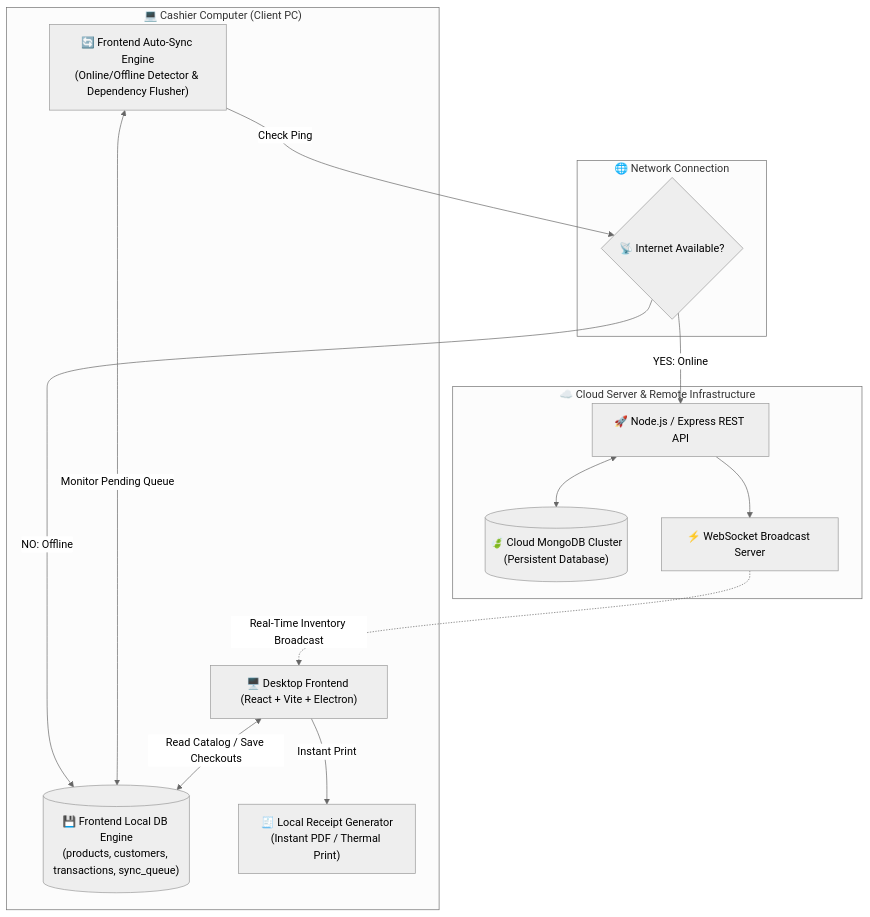
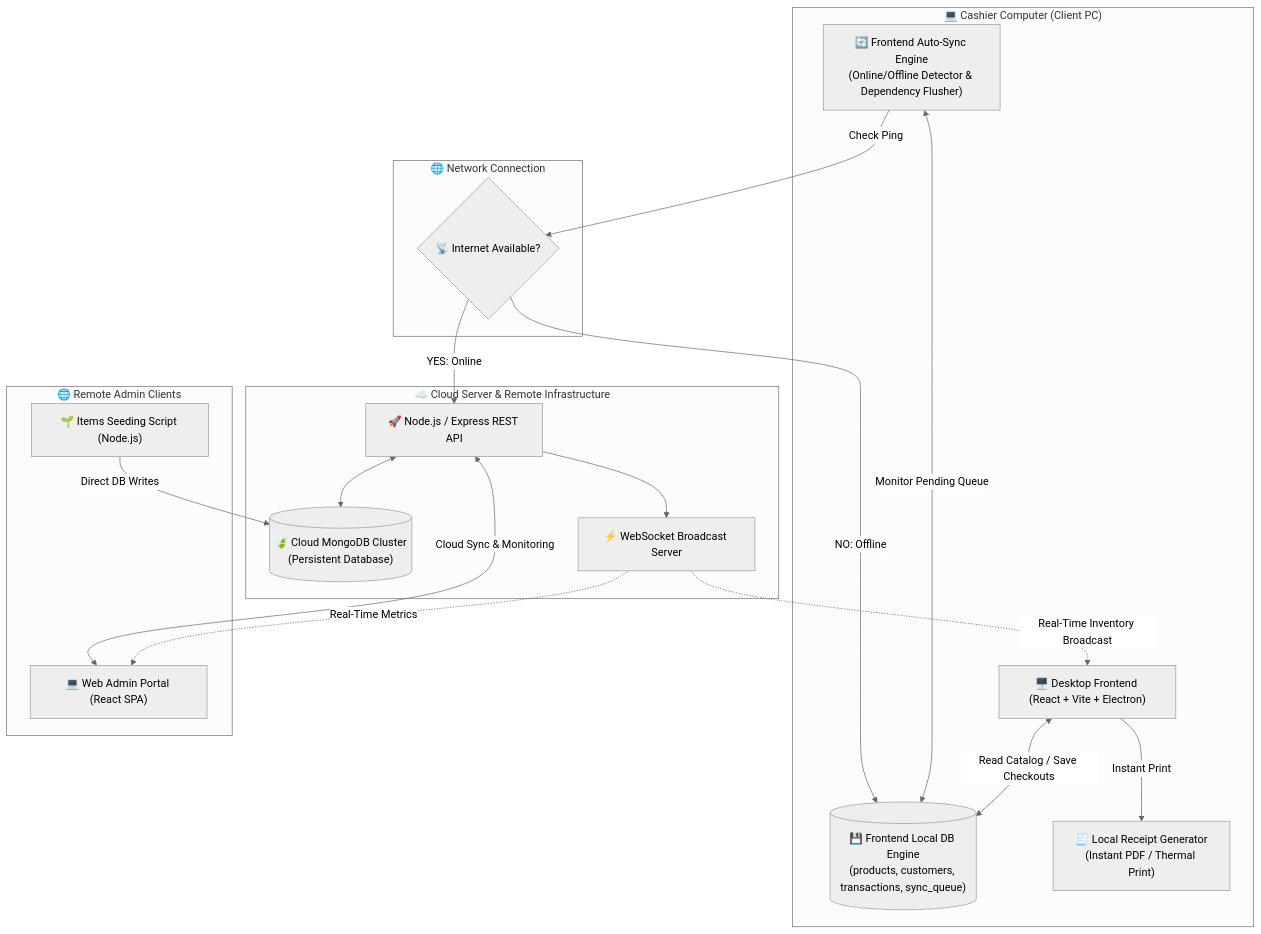
Before and after one commit to yashan223/xona-pos: the first of 2 diagrams in ARCHITECTURE.md, drawn with Mermaid (neutral theme). The commit also changed other lines of this file, not shown here.

Commit message:
Update architecture documentation to include remote admin clients

````diff
--- a/ARCHITECTURE.md
+++ b/ARCHITECTURE.md
@@ -9,31 +9,40 @@
 ```mermaid
 flowchart TD
     subgraph ClientPC ["💻 Cashier Computer (Client PC)"]
         UI["🖥️ Desktop Frontend (React + Vite + Electron)"]
         LocalDB[("💾 Frontend Local DB Engine\n(products, customers, transactions, sync_queue)")]
         SyncEngine["🔄 Frontend Auto-Sync Engine\n(Online/Offline Detector & Dependency Flusher)"]
         ReceiptGen["🧾 Local Receipt Generator\n(Instant PDF / Thermal Print)"]
 
         UI <-->|Read Catalog / Save Checkouts| LocalDB
         UI -->|Instant Print| ReceiptGen
         SyncEngine <-->|Monitor Pending Queue| LocalDB
     end
 
     subgraph NetworkBoundary ["🌐 Network Connection"]
         InternetStatus{"📡 Internet Available?"}
     end
 
     subgraph CloudInfra ["☁️ Cloud Server & Remote Infrastructure"]
         CloudBackend["🚀 Node.js / Express REST API"]
         MongoDB[("🍃 Cloud MongoDB Cluster\n(Persistent Database)")]
         WS["⚡ WebSocket Broadcast Server"]
 
         CloudBackend <--> MongoDB
         CloudBackend --> WS
     end
+    
+    subgraph RemoteClients ["🌐 Remote Admin Clients"]
+        WebAdmin["💻 Web Admin Portal (React SPA)"]
+        ItemSeeder["🌱 Items Seeding Script (Node.js)"]
+        
+        WebAdmin <-->|Cloud Sync & Monitoring| CloudBackend
+        ItemSeeder -->|Direct DB Writes| MongoDB
+    end
 
     SyncEngine -->|"Check Ping"| InternetStatus
     InternetStatus -->|"YES: Online"| CloudBackend
     InternetStatus -->|"NO: Offline"| LocalDB
     WS -.->|Real-Time Inventory Broadcast| UI
+    WS -.->|Real-Time Metrics| WebAdmin
 ```
````
